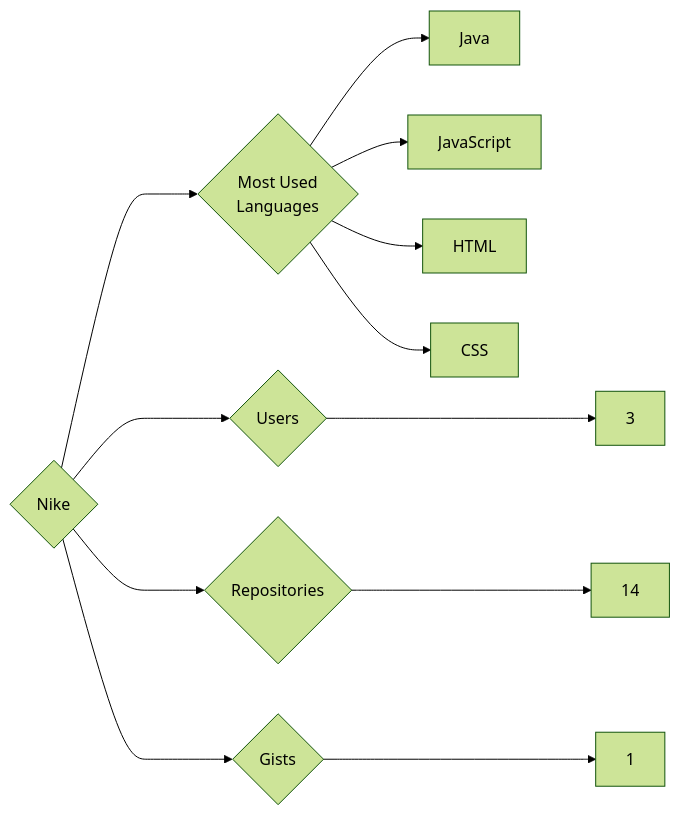
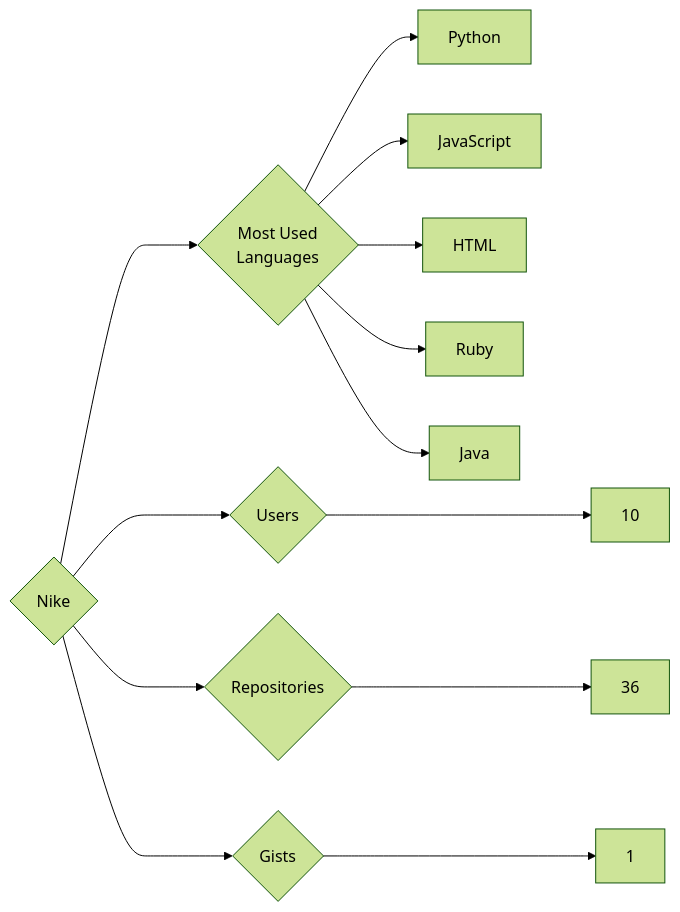
Before and after one commit to trickest/insiders: the diagram in targets/Nike/README.md, drawn with Mermaid (forest theme). The commit also changed 1696 other files, not shown here.

````diff
--- a/targets/Nike/README.md
+++ b/targets/Nike/README.md
@@ -3,12 +3,13 @@
 ```mermaid
 graph LR
 COMPANY_NAME{Nike}
-COMPANY_NAME ---> U{Users} ---> UN[3]
-COMPANY_NAME ---> R{Repositories} ---> RN[14]
+COMPANY_NAME ---> U{Users} ---> UN[10]
+COMPANY_NAME ---> R{Repositories} ---> RN[36]
 COMPANY_NAME ---> G{Gists} ---> GN[1]
 COMPANY_NAME ---> ML{Most Used<br>Languages}
-ML --> Java[Java]
+ML --> Python[Python]
 ML --> JavaScript[JavaScript]
 ML --> HTML[HTML]
-ML --> CSS[CSS]
+ML --> Ruby[Ruby]
+ML --> Java[Java]
 ```
````
